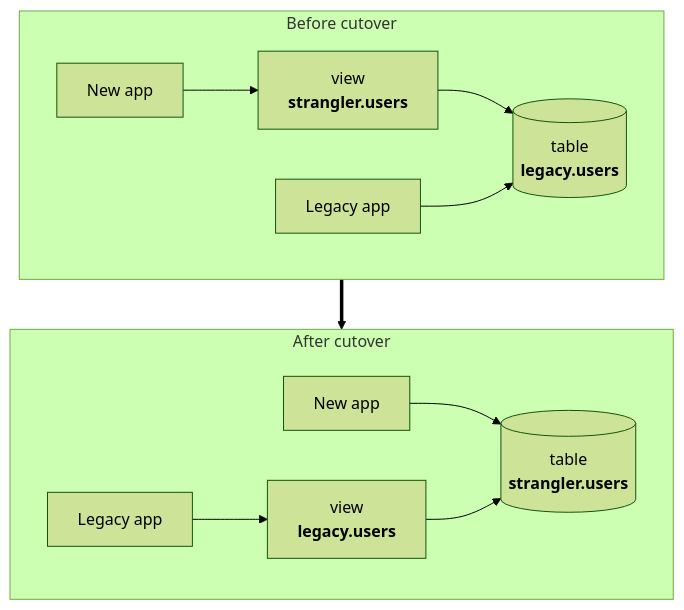
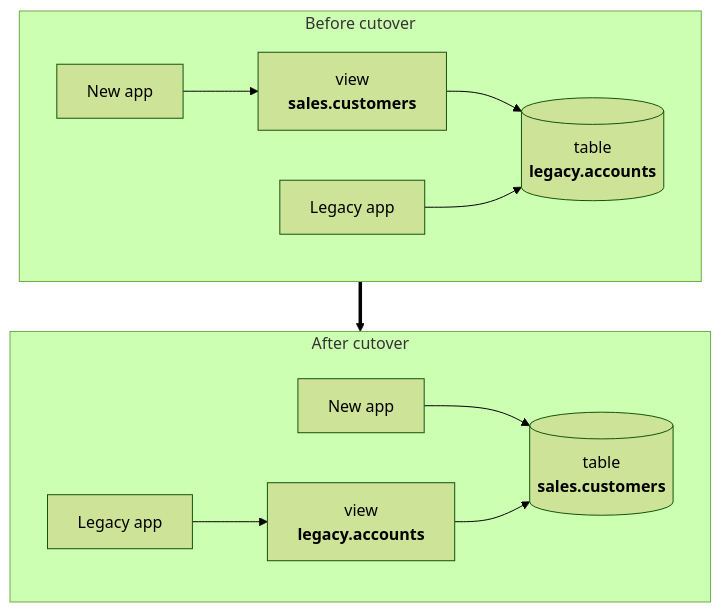
One commit to lukegalea/ash_strangler changed the third of 3 diagrams in README.md. Above: the diagram before and after it, drawn with Mermaid (forest theme). The commit also changed other lines of this file and 2 other files, not shown here.

````diff
--- a/README.md
+++ b/README.md
@@ -199,18 +307,18 @@
 ```mermaid
 flowchart TB
     subgraph before ["Before cutover"]
         direction LR
-        b_new["New app"] --> b_view["view<br/><b>strangler.users</b>"]
-        b_view --> b_table[("table<br/><b>legacy.users</b>")]
+        b_new["New app"] --> b_view["view<br/><b>sales.customers</b>"]
+        b_view --> b_table[("table<br/><b>legacy.accounts</b>")]
         b_legacy["Legacy app"] --> b_table
     end
 
     subgraph after ["After cutover"]
         direction LR
-        a_new["New app"] --> a_table[("table<br/><b>strangler.users</b>")]
-        a_view["view<br/><b>legacy.users</b>"] --> a_table
+        a_new["New app"] --> a_table[("table<br/><b>sales.customers</b>")]
+        a_view["view<br/><b>legacy.accounts</b>"] --> a_table
         a_legacy["Legacy app"] --> a_view
     end
 
     before ==> after
 ```
````
